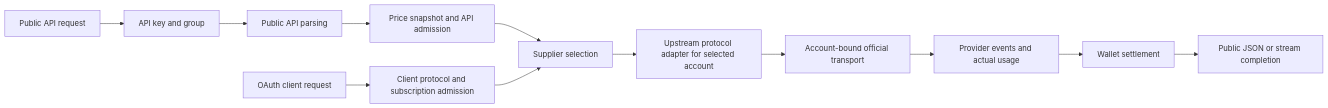
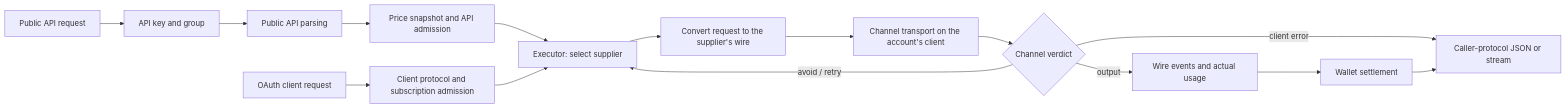
The diagram in docs/ARCHITECTURE.md (gucooing/Codex2Api-rs), drawn with Mermaid before and after one commit. The commit also changed other lines of this file and 169 other files, not shown here.

````diff
--- a/docs/ARCHITECTURE.md
+++ b/docs/ARCHITECTURE.md
@@ -99,14 +99,17 @@
 ```mermaid
 flowchart LR
     A[Public API request] --> B[API key and group]
     B --> C[Public API parsing]
     C --> E[Price snapshot and API admission]
-    E --> F[Supplier selection]
-    F --> D[Upstream protocol adapter for selected account]
-    D --> G[Account-bound official transport]
-    G --> H[Provider events and actual usage]
+    E --> F[Executor: select supplier]
+    F --> D[Convert request to the supplier's wire]
+    D --> G[Channel transport on the account's client]
+    G --> V{Channel verdict}
+    V -- client error --> J
+    V -- avoid / retry --> F
+    V -- output --> H[Wire events and actual usage]
     H --> I[Wallet settlement]
-    I --> J[Public JSON or stream completion]
+    I --> J[Caller-protocol JSON or stream]
     K[OAuth client request] --> L[Client protocol and subscription admission]
     L --> F
 ```
````
